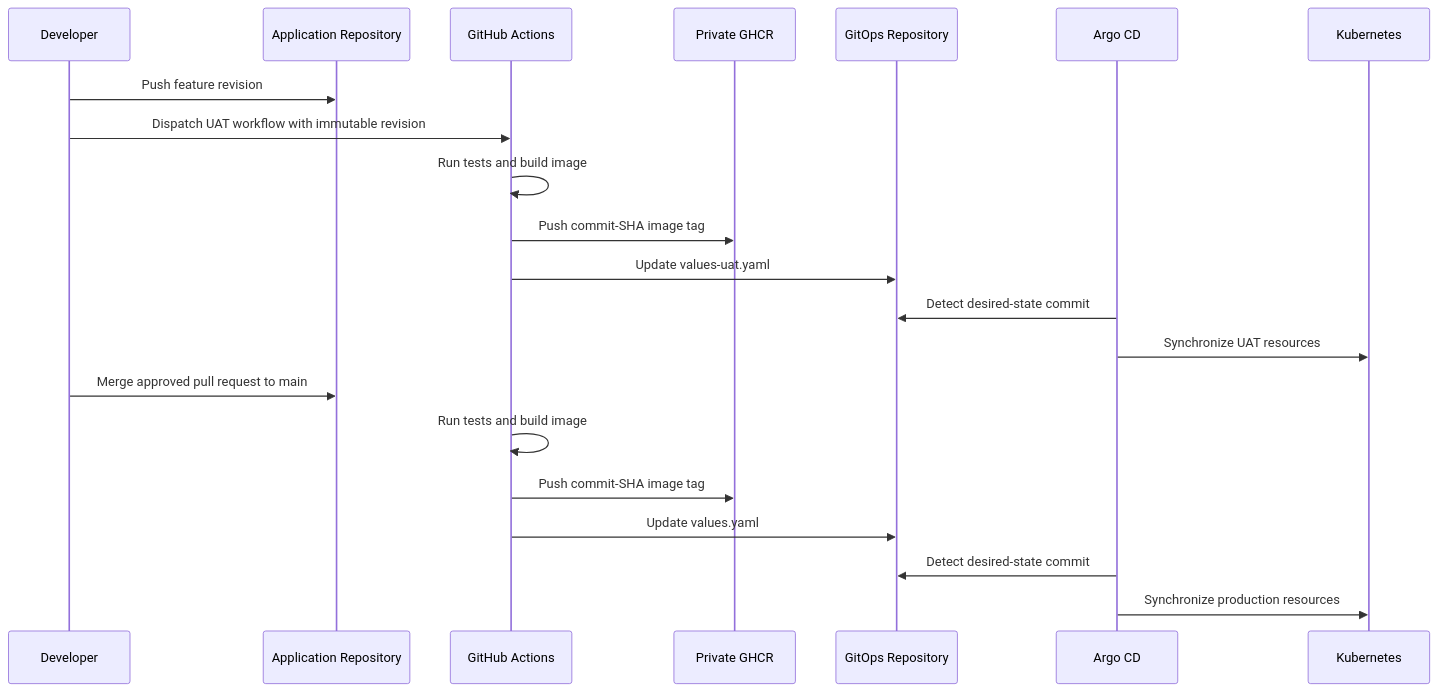
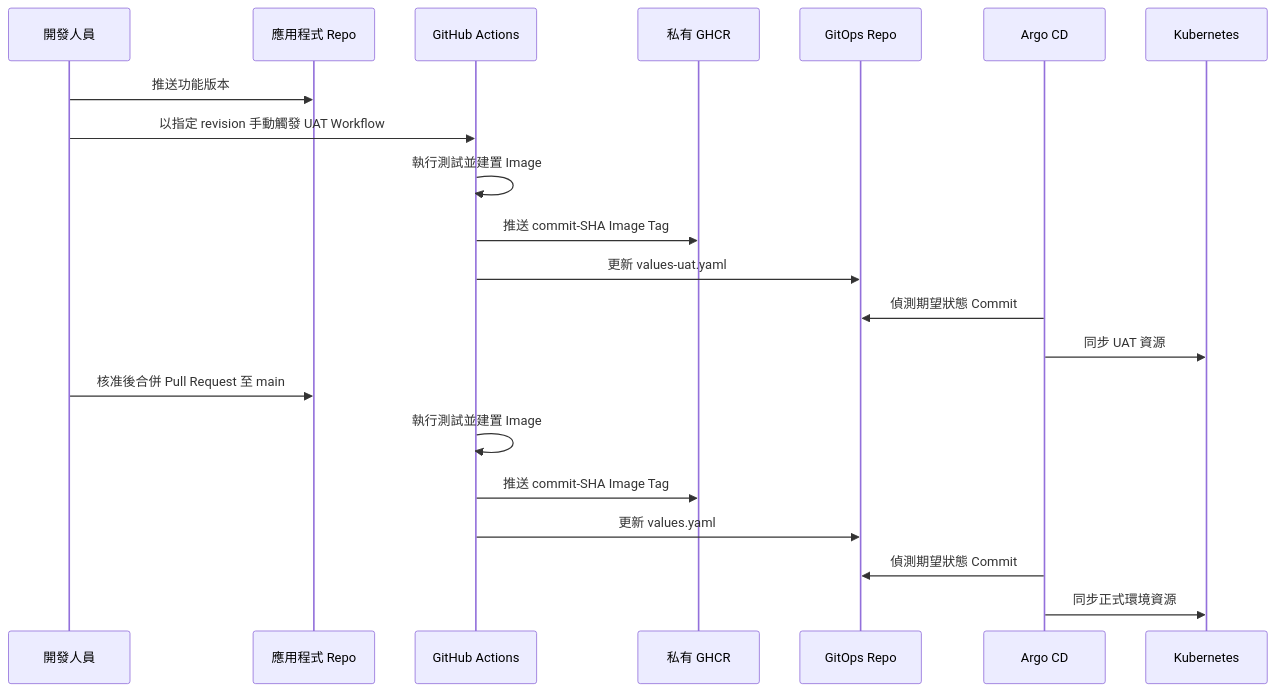
One commit to imthe71/devops-hello-api-gitops changed the second of 2 diagrams in docs/system-overview.md. Above: the diagram before and after it, drawn with Mermaid. The commit also changed other lines of this file and 1 other file, not shown here.

````diff
--- a/docs/system-overview.md
+++ b/docs/system-overview.md
@@ -42,25 +42,25 @@
 ```mermaid
 sequenceDiagram
-    participant Dev as Developer
-    participant App as Application Repository
+    participant Dev as 開發人員
+    participant App as 應用程式 Repo
     participant CI as GitHub Actions
-    participant GHCR as Private GHCR
-    participant GitOps as GitOps Repository
+    participant GHCR as 私有 GHCR
+    participant GitOps as GitOps Repo
     participant Argo as Argo CD
     participant K8s as Kubernetes
 
-    Dev->>App: Push feature revision
-    Dev->>CI: Dispatch UAT workflow with immutable revision
-    CI->>CI: Run tests and build image
-    CI->>GHCR: Push commit-SHA image tag
-    CI->>GitOps: Update values-uat.yaml
-    Argo->>GitOps: Detect desired-state commit
-    Argo->>K8s: Synchronize UAT resources
+    Dev->>App: 推送功能版本
+    Dev->>CI: 以指定 revision 手動觸發 UAT Workflow
+    CI->>CI: 執行測試並建置 Image
+    CI->>GHCR: 推送 commit-SHA Image Tag
+    CI->>GitOps: 更新 values-uat.yaml
+    Argo->>GitOps: 偵測期望狀態 Commit
+    Argo->>K8s: 同步 UAT 資源
 
-    Dev->>App: Merge approved pull request to main
-    CI->>CI: Run tests and build image
-    CI->>GHCR: Push commit-SHA image tag
-    CI->>GitOps: Update values.yaml
-    Argo->>GitOps: Detect desired-state commit
-    Argo->>K8s: Synchronize production resources
+    Dev->>App: 核准後合併 Pull Request 至 main
+    CI->>CI: 執行測試並建置 Image
+    CI->>GHCR: 推送 commit-SHA Image Tag
+    CI->>GitOps: 更新 values.yaml
+    Argo->>GitOps: 偵測期望狀態 Commit
+    Argo->>K8s: 同步正式環境資源
 ```
````
